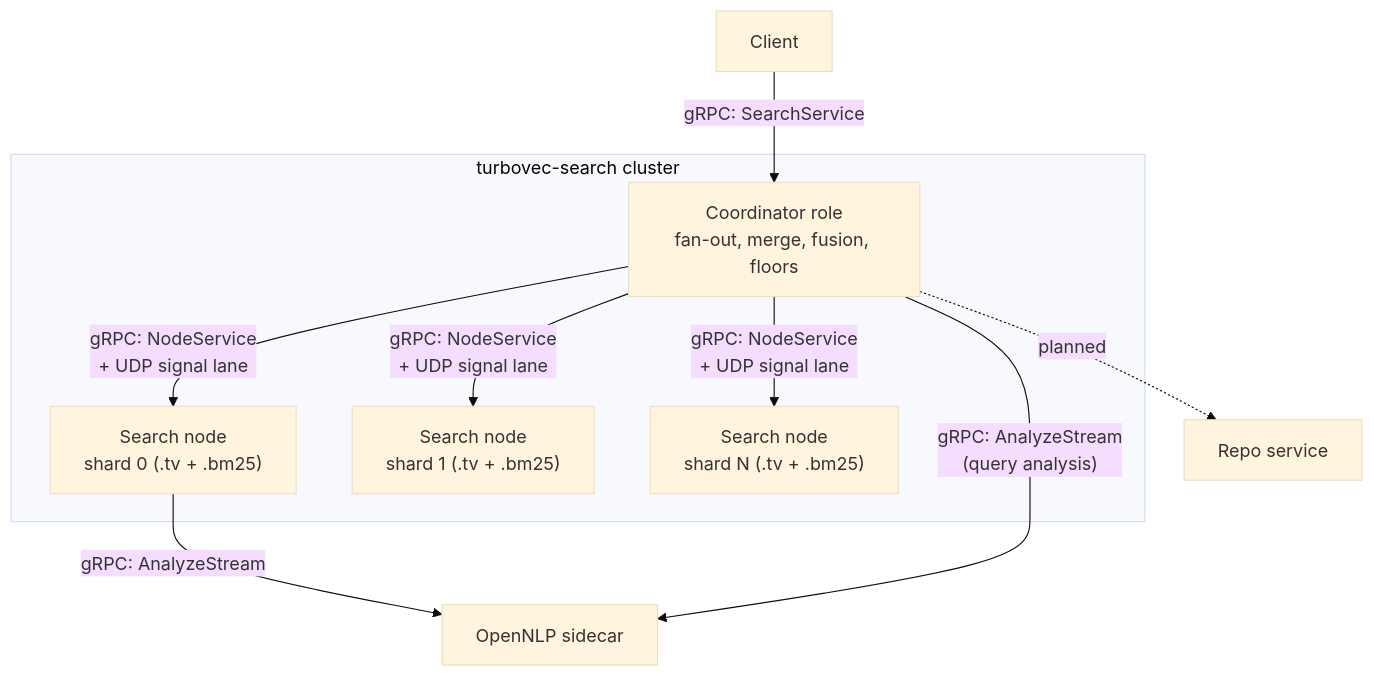
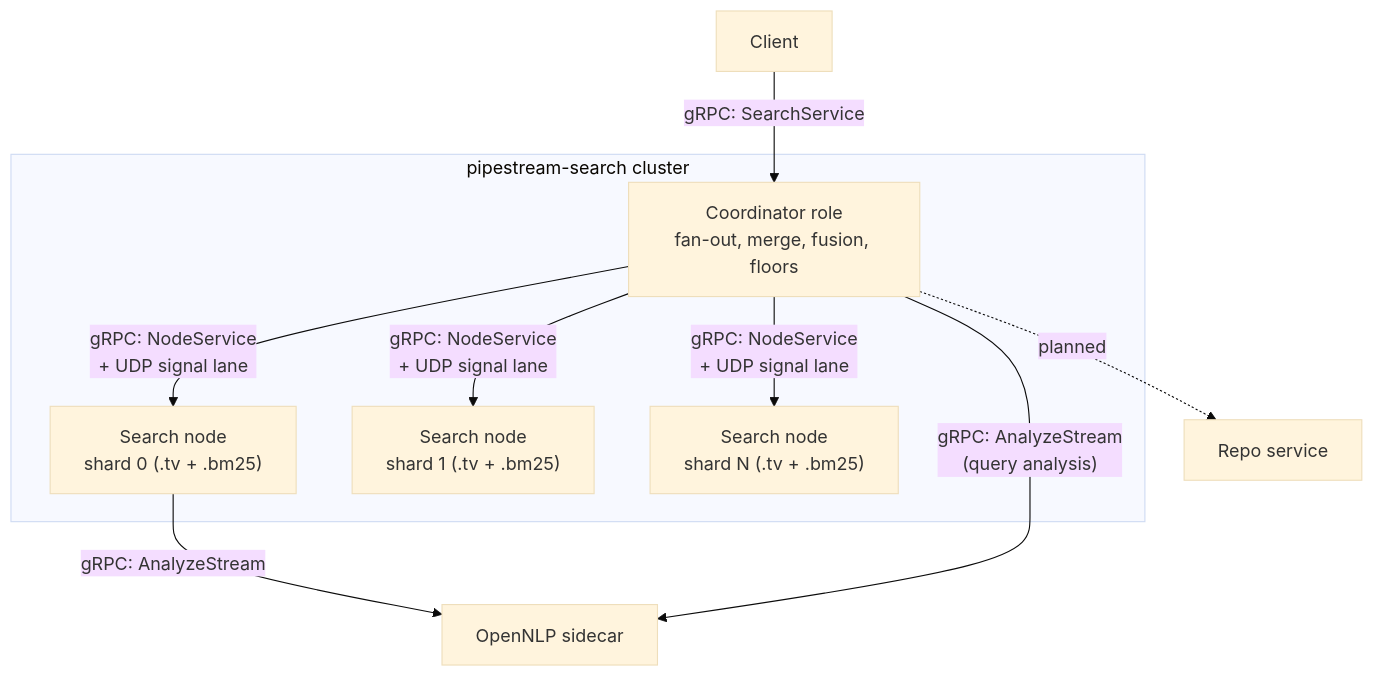
One commit to ai-pipestream/protomolt-search changed the second of 2 diagrams in docs/architecture.md. Above: the diagram before and after it, drawn with Mermaid (base theme). The commit also changed other lines of this file and 142 other files, not shown here.

````diff
--- a/docs/architecture.md
+++ b/docs/architecture.md
@@ -50,16 +50,16 @@
 ```mermaid
 flowchart TB
-    subgraph cluster["turbovec-search cluster"]
+    subgraph cluster["pipestream-search cluster"]
         coord["Coordinator role<br/>fan-out, merge, fusion, floors"]
         n1["Search node<br/>shard 0 (.tv + .bm25)"]
         n2["Search node<br/>shard 1 (.tv + .bm25)"]
         n3["Search node<br/>shard N (.tv + .bm25)"]
     end
     client["Client"] -->|"gRPC: SearchService"| coord
     coord -->|"gRPC: NodeService<br/>+ UDP signal lane"| n1
     coord -->|"gRPC: NodeService<br/>+ UDP signal lane"| n2
     coord -->|"gRPC: NodeService<br/>+ UDP signal lane"| n3
     n1 -->|"gRPC: AnalyzeStream"| nlp["OpenNLP sidecar"]
     coord -->|"gRPC: AnalyzeStream<br/>(query analysis)"| nlp
     coord -.->|"planned"| repo["Repo service"]
 ```
````
